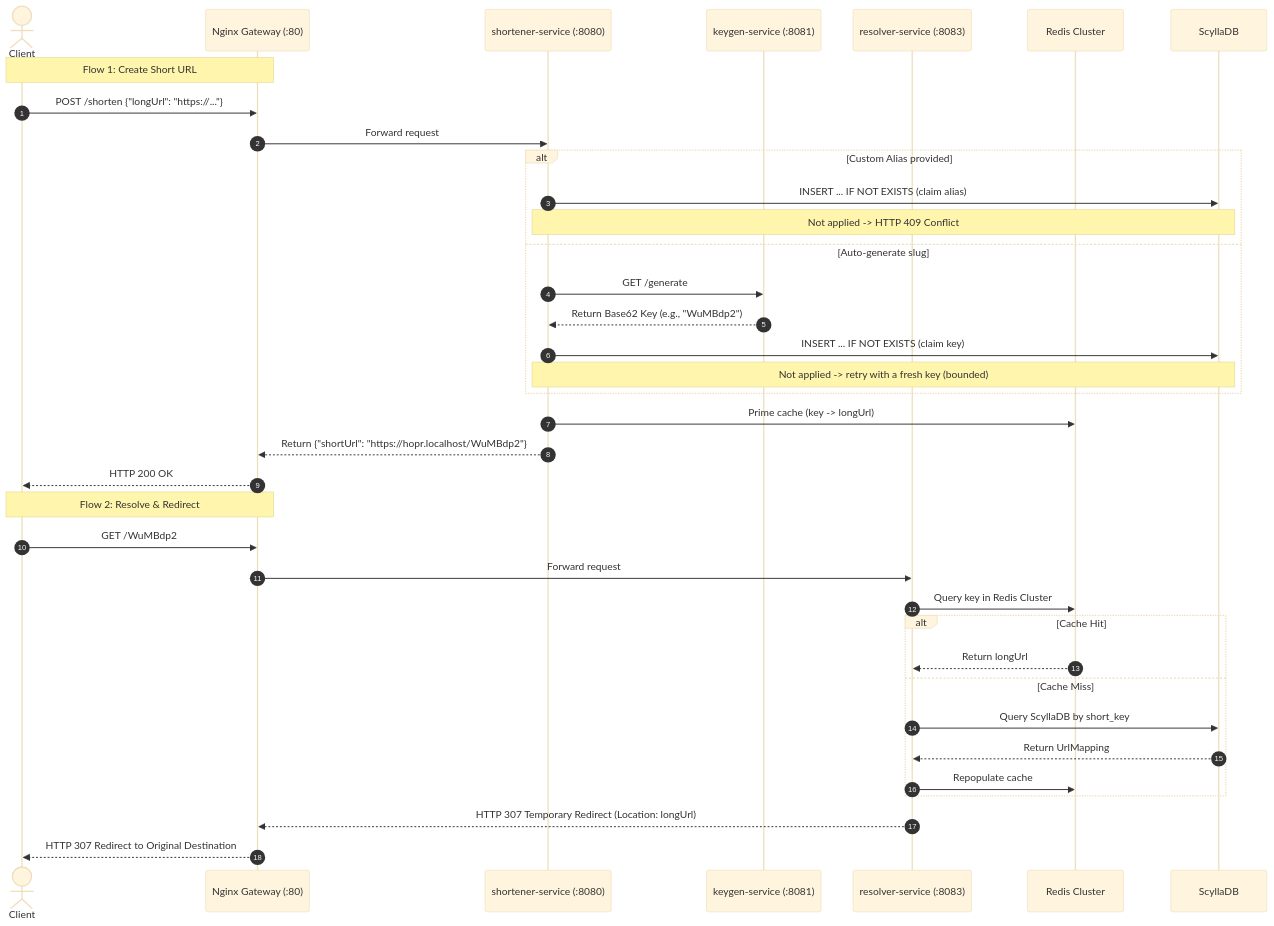
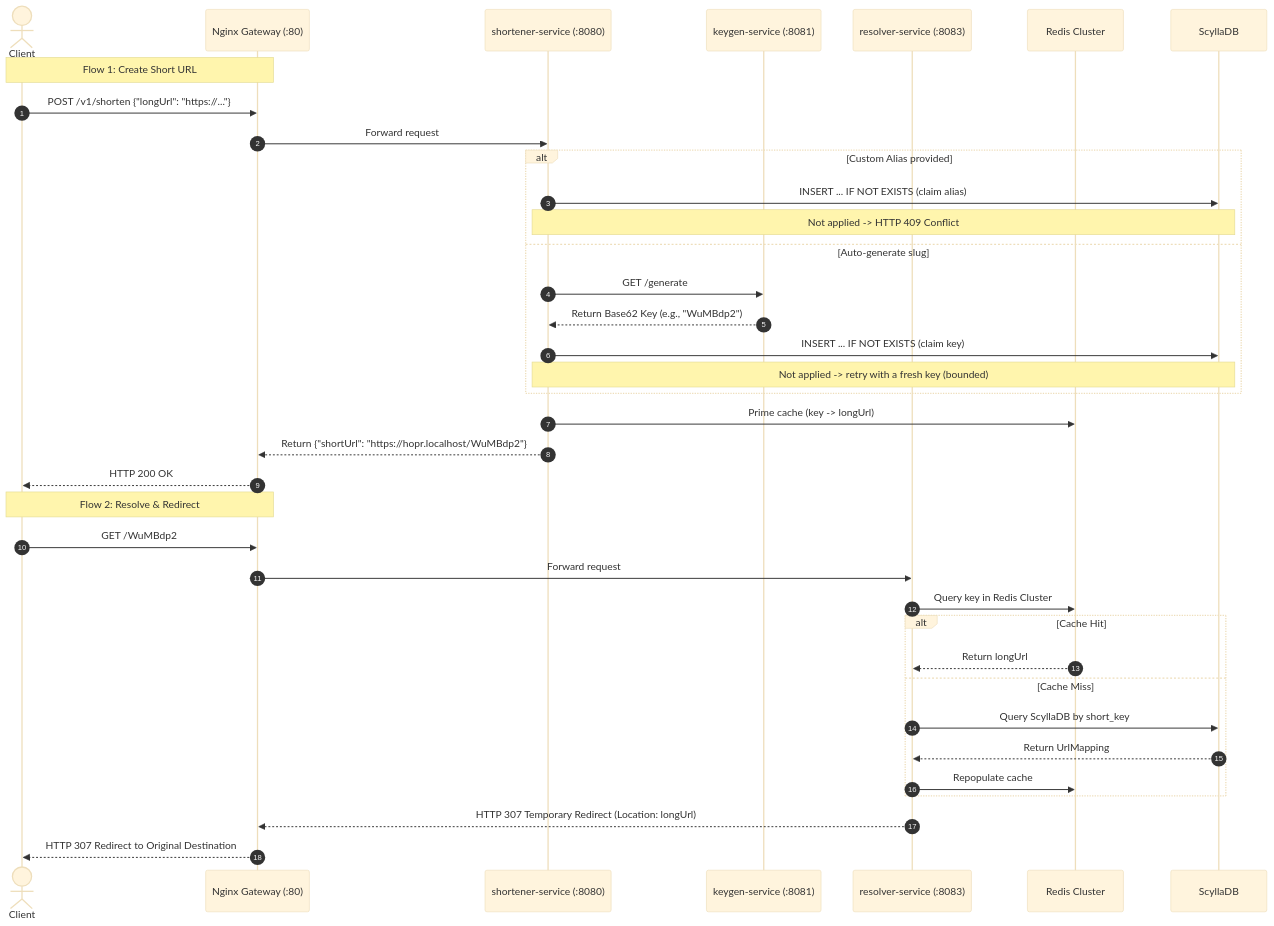
The second of 2 diagrams in README.md (pcaokhai/Hopr), drawn with Mermaid (base theme) before and after one commit. The commit also changed other lines of this file and 54 other files, not shown here.

````diff
--- a/README.md
+++ b/README.md
@@ -91,41 +91,41 @@
 ```mermaid
 sequenceDiagram
     autonumber
     actor User as Client
     participant GW as Nginx Gateway (:80)
     participant SS as shortener-service (:8080)
     participant KS as keygen-service (:8081)
     participant RS as resolver-service (:8083)
     participant RC as Redis Cluster
     participant DB as ScyllaDB
 
     Note over User, GW: Flow 1: Create Short URL
-    User->>GW: POST /shorten {"longUrl": "https://..."}
+    User->>GW: POST /v1/shorten {"longUrl": "https://..."}
     GW->>SS: Forward request
     alt Custom Alias provided
         SS->>DB: INSERT ... IF NOT EXISTS (claim alias)
         Note over SS, DB: Not applied -> HTTP 409 Conflict
     else Auto-generate slug
         SS->>KS: GET /generate
         KS-->>SS: Return Base62 Key (e.g., "WuMBdp2")
         SS->>DB: INSERT ... IF NOT EXISTS (claim key)
         Note over SS, DB: Not applied -> retry with a fresh key (bounded)
     end
     SS->>RC: Prime cache (key -> longUrl)
     SS-->>GW: Return {"shortUrl": "https://hopr.localhost/WuMBdp2"}
     GW-->>User: HTTP 200 OK
 
     Note over User, GW: Flow 2: Resolve & Redirect
     User->>GW: GET /WuMBdp2
     GW->>RS: Forward request
     RS->>RC: Query key in Redis Cluster
     alt Cache Hit
         RC-->>RS: Return longUrl
     else Cache Miss
         RS->>DB: Query ScyllaDB by short_key
         DB-->>RS: Return UrlMapping
         RS->>RC: Repopulate cache
     end
     RS-->>GW: HTTP 307 Temporary Redirect (Location: longUrl)
     GW-->>User: HTTP 307 Redirect to Original Destination
 ```
````
